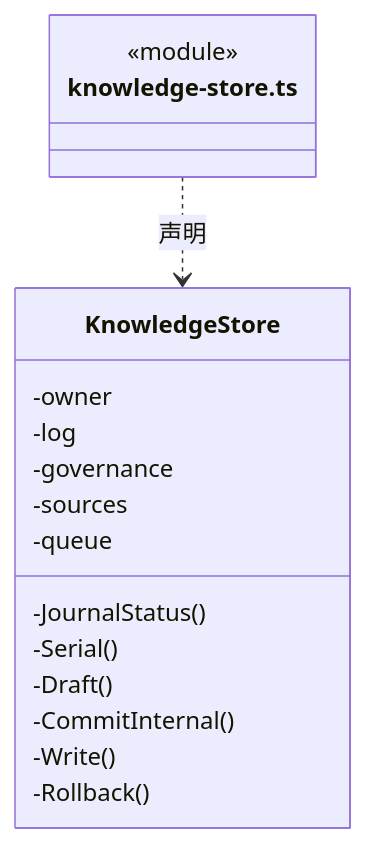
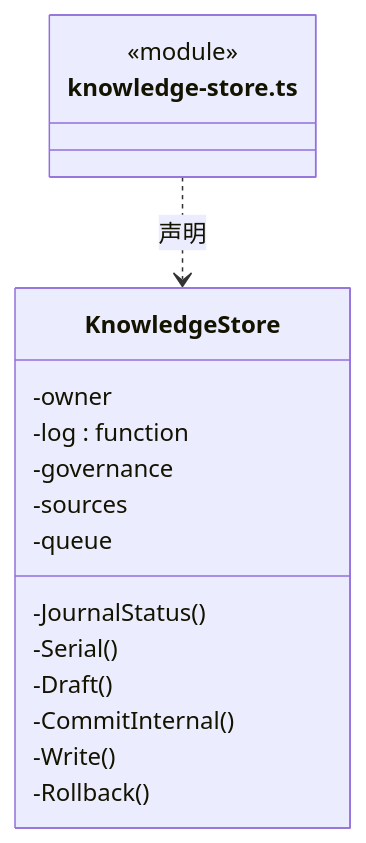
One commit to nan023062/cbim changed the fourth of 9 diagrams in src/logic/knowledge/storage/ARCHITECTURE.md. Above: the diagram before and after it, drawn with Mermaid. The commit also changed other lines of this file and 137 other files, not shown here.

Commit message:
fix: align architecture generator with documentation standards

````diff
--- a/src/logic/knowledge/storage/ARCHITECTURE.md
+++ b/src/logic/knowledge/storage/ARCHITECTURE.md
@@ -207,20 +213,20 @@
 ```mermaid
 classDiagram
 class N_src_logic_knowledge_storage_knowledge_store_ts["knowledge-store.ts"] {
   <<module>>
 }
 class N_src_logic_knowledge_storage_knowledge_store_ts_KnowledgeStore["KnowledgeStore"] {
   -owner
-  -log
+  -log : function
   -governance
   -sources
   -queue
   -JournalStatus()
   -Serial()
   -Draft()
   -CommitInternal()
   -Write()
   -Rollback()
 }
 N_src_logic_knowledge_storage_knowledge_store_ts ..> N_src_logic_knowledge_storage_knowledge_store_ts_KnowledgeStore : 声明
 ```
````
